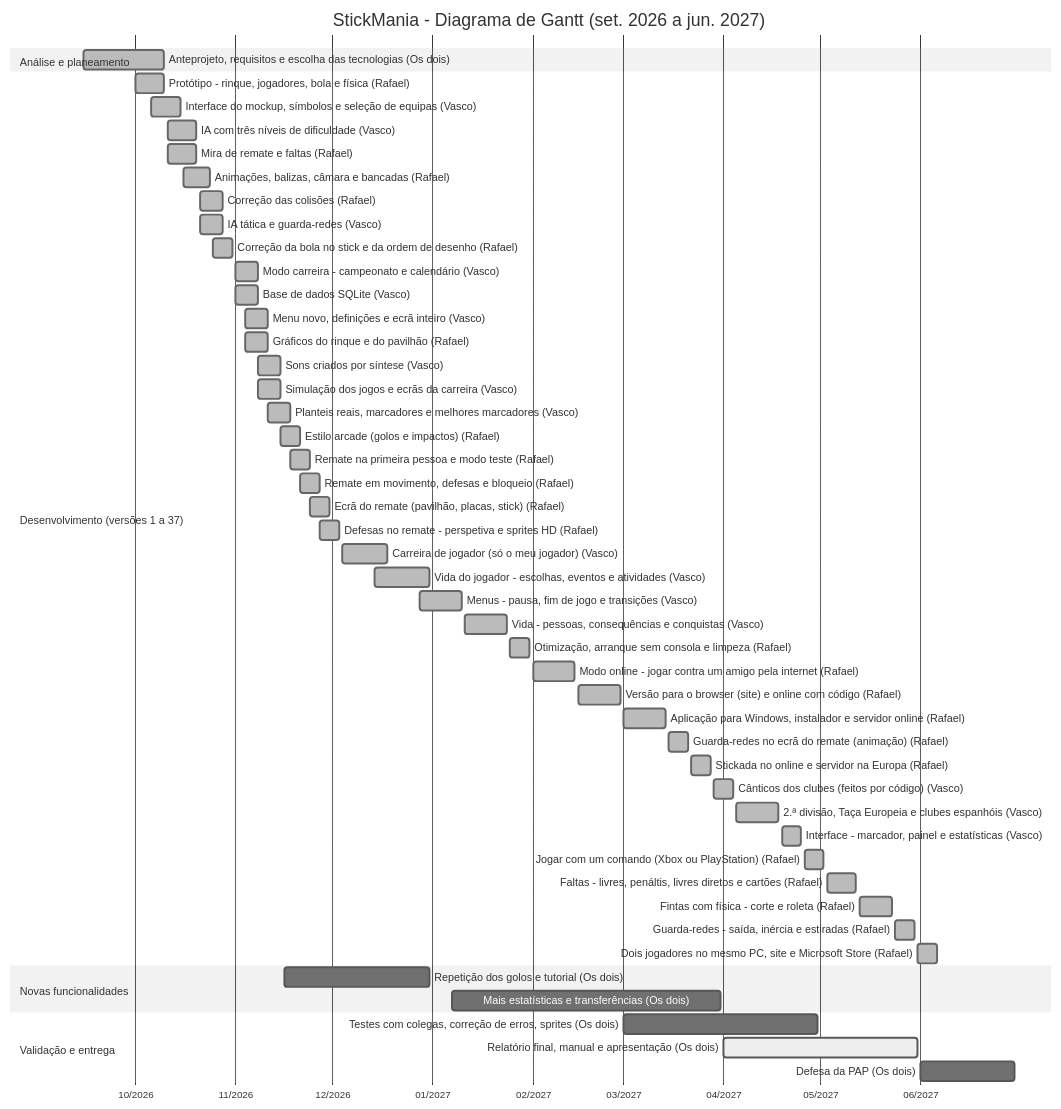
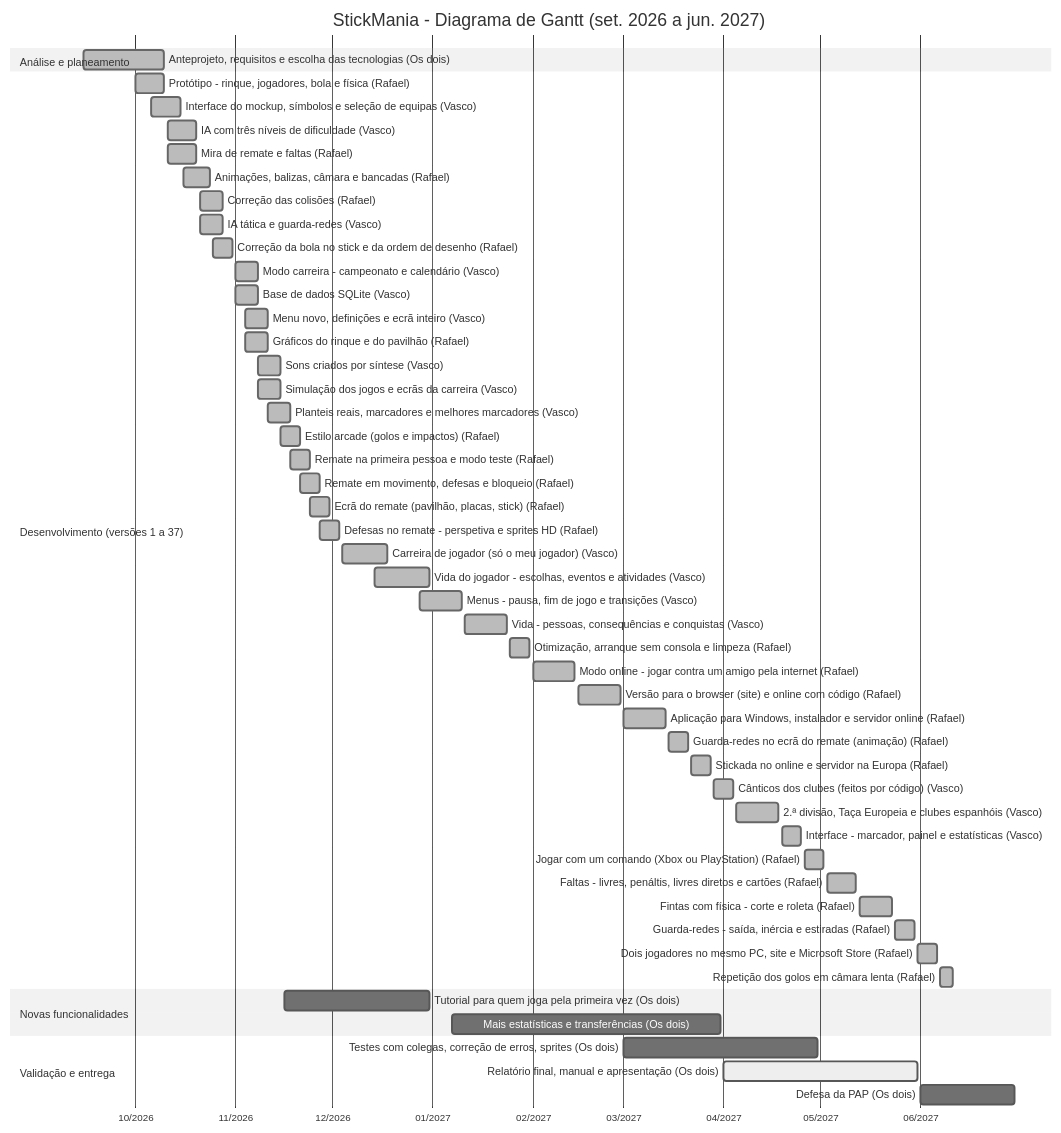
The diagram in docs/GANTT.md (RafaelSilveira23/Stickmaniapap), drawn with Mermaid (neutral theme) before and after one commit. The commit also changed other lines of this file and 17 other files, not shown here.

Commit message:
v39: repeticao dos golos em camara lenta

````diff
--- a/docs/GANTT.md
+++ b/docs/GANTT.md
@@ -13,56 +13,57 @@
 ```mermaid
 gantt
     title StickMania - Diagrama de Gantt (set. 2026 a jun. 2027)
     dateFormat YYYY-MM-DD
     axisFormat %m/%Y
     tickInterval 1month
     todayMarker off
     section Análise e planeamento
     Anteprojeto, requisitos e escolha das tecnologias (Os dois) :done, t1, 2026-09-15, 2026-10-10
     section Desenvolvimento (versões 1 a 37)
     Protótipo - rinque, jogadores, bola e física (Rafael) :done, t2, 2026-10-01, 2026-10-10
     Interface do mockup, símbolos e seleção de equipas (Vasco) :done, t3, 2026-10-06, 2026-10-15
     IA com três níveis de dificuldade (Vasco) :done, t4, 2026-10-11, 2026-10-20
     Mira de remate e faltas (Rafael) :done, t5, 2026-10-11, 2026-10-20
     Animações, balizas, câmara e bancadas (Rafael) :done, t6, 2026-10-16, 2026-10-24
     Correção das colisões (Rafael) :done, t7, 2026-10-21, 2026-10-28
     IA tática e guarda-redes (Vasco) :done, t8, 2026-10-21, 2026-10-28
     Correção da bola no stick e da ordem de desenho (Rafael) :done, t9, 2026-10-25, 2026-10-31
     Modo carreira - campeonato e calendário (Vasco) :done, t10, 2026-11-01, 2026-11-08
     Base de dados SQLite (Vasco) :done, t11, 2026-11-01, 2026-11-08
     Menu novo, definições e ecrã inteiro (Vasco) :done, t12, 2026-11-04, 2026-11-11
     Gráficos do rinque e do pavilhão (Rafael) :done, t13, 2026-11-04, 2026-11-11
     Sons criados por síntese (Vasco) :done, t14, 2026-11-08, 2026-11-15
     Simulação dos jogos e ecrãs da carreira (Vasco) :done, t15, 2026-11-08, 2026-11-15
     Planteis reais, marcadores e melhores marcadores (Vasco) :done, t16, 2026-11-11, 2026-11-18
     Estilo arcade (golos e impactos) (Rafael) :done, t17, 2026-11-15, 2026-11-21
     Remate na primeira pessoa e modo teste (Rafael) :done, t18, 2026-11-18, 2026-11-24
     Remate em movimento, defesas e bloqueio (Rafael) :done, t19, 2026-11-21, 2026-11-27
     Ecrã do remate (pavilhão, placas, stick) (Rafael) :done, t20, 2026-11-24, 2026-11-30
     Defesas no remate - perspetiva e sprites HD (Rafael) :done, t21, 2026-11-27, 2026-12-03
     Carreira de jogador (só o meu jogador) (Vasco) :done, t22, 2026-12-04, 2026-12-18
     Vida do jogador - escolhas, eventos e atividades (Vasco) :done, t23, 2026-12-14, 2026-12-31
     Menus - pausa, fim de jogo e transições (Vasco) :done, t24, 2026-12-28, 2027-01-10
     Vida - pessoas, consequências e conquistas (Vasco) :done, t25, 2027-01-11, 2027-01-24
     Otimização, arranque sem consola e limpeza (Rafael) :done, t26, 2027-01-25, 2027-01-31
     Modo online - jogar contra um amigo pela internet (Rafael) :done, t27, 2027-02-01, 2027-02-14
     Versão para o browser (site) e online com código (Rafael) :done, t28, 2027-02-15, 2027-02-28
     Aplicação para Windows, instalador e servidor online (Rafael) :done, t29, 2027-03-01, 2027-03-14
     Guarda-redes no ecrã do remate (animação) (Rafael) :done, t30, 2027-03-15, 2027-03-21
     Stickada no online e servidor na Europa (Rafael) :done, t31, 2027-03-22, 2027-03-28
     Cânticos dos clubes (feitos por código) (Vasco) :done, t32, 2027-03-29, 2027-04-04
     2.ª divisão, Taça Europeia e clubes espanhóis (Vasco) :done, t33, 2027-04-05, 2027-04-18
     Interface - marcador, painel e estatísticas (Vasco) :done, t34, 2027-04-19, 2027-04-25
     Jogar com um comando (Xbox ou PlayStation) (Rafael) :done, t35, 2027-04-26, 2027-05-02
     Faltas - livres, penáltis, livres diretos e cartões (Rafael) :done, t36, 2027-05-03, 2027-05-12
     Fintas com física - corte e roleta (Rafael) :done, t37, 2027-05-13, 2027-05-23
     Guarda-redes - saída, inércia e estiradas (Rafael) :done, t38, 2027-05-24, 2027-05-30
     Dois jogadores no mesmo PC, site e Microsoft Store (Rafael) :done, t39, 2027-05-31, 2027-06-06
+    Repetição dos golos em câmara lenta (Rafael) :done, t40, 2027-06-07, 2027-06-11
     section Novas funcionalidades
-    Repetição dos golos e tutorial (Os dois) :t40, 2026-11-16, 2026-12-31
-    Mais estatísticas e transferências (Os dois) :t41, 2027-01-07, 2027-03-31
+    Tutorial para quem joga pela primeira vez (Os dois) :t41, 2026-11-16, 2026-12-31
+    Mais estatísticas e transferências (Os dois) :t42, 2027-01-07, 2027-03-31
     section Validação e entrega
-    Testes com colegas, correção de erros, sprites (Os dois) :t42, 2027-03-01, 2027-04-30
-    Relatório final, manual e apresentação (Os dois) :active, t43, 2027-04-01, 2027-05-31
-    Defesa da PAP (Os dois) :t44, 2027-06-01, 2027-06-30
+    Testes com colegas, correção de erros, sprites (Os dois) :t43, 2027-03-01, 2027-04-30
+    Relatório final, manual e apresentação (Os dois) :active, t44, 2027-04-01, 2027-05-31
+    Defesa da PAP (Os dois) :t45, 2027-06-01, 2027-06-30
 ```
````
